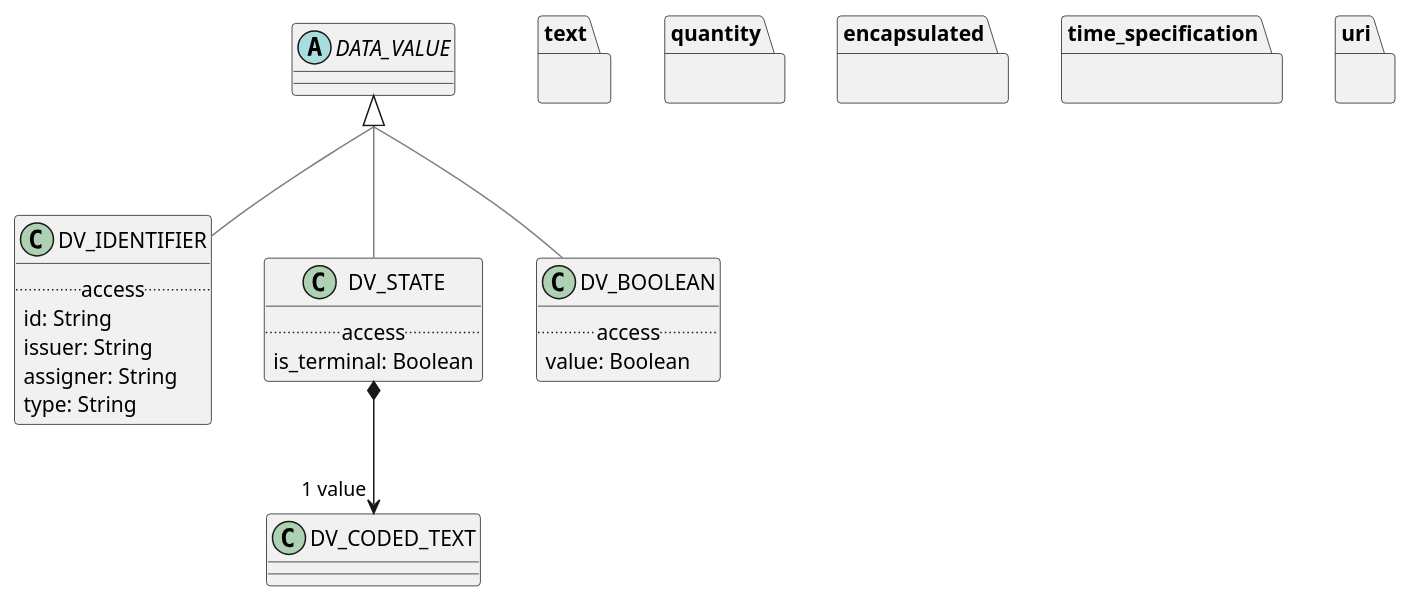
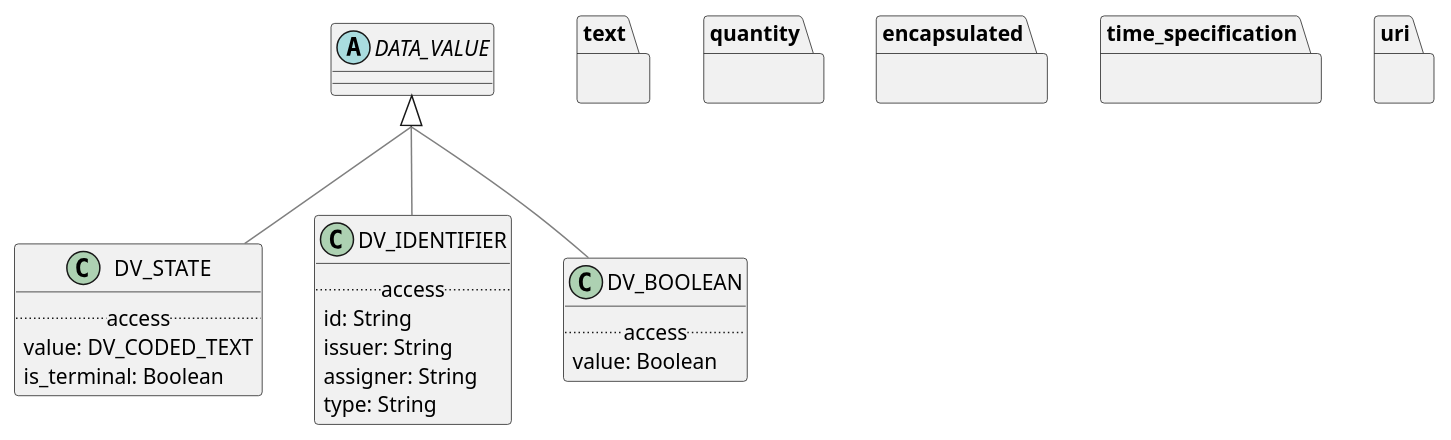
One commit to wolandscat/openehr-doc changed the diagram in modules/ROOT/examples/bmm/representation/data_types/data_types-package-uml.adoc. Above: the diagram before and after it, drawn with PlantUML. The commit also changed 293 other files, not shown here.

Commit message:
Regen with tweaks to UML output and correct metatypes for nested generics.

```diff
--- a/modules/ROOT/examples/bmm/representation/data_types/data_types-package-uml.adoc
+++ b/modules/ROOT/examples/bmm/representation/data_types/data_types-package-uml.adoc
@@ -3,55 +3,54 @@
 [plantuml,opts=interactive,link=self]
 ....
 skinparam groupInheritance 2
 skinparam citedClassColor #FDFDFD
 
 
-abstract class DATA_VALUE [[/openehr-doc/latest/representation/data_types-gen.html#_class_data_value]] {
+class DV_STATE [[/openehr-doc/latest/representation/data_types-gen.html#_class_dv_state]] {
+        .. access ..
+        value: DV_CODED_TEXT
+        is_terminal: Boolean
 }
+
+DV_STATE -[#gray]up-|> DATA_VALUE  
 
 
 class DV_IDENTIFIER [[/openehr-doc/latest/representation/data_types-gen.html#_class_dv_identifier]] {
         .. access ..
         id: String
         issuer: String
         assigner: String
         type: String
 }
 
 DV_IDENTIFIER -[#gray]up-|> DATA_VALUE  
 
 
-class DV_STATE [[/openehr-doc/latest/representation/data_types-gen.html#_class_dv_state]] {
-        .. access ..
-        is_terminal: Boolean
-}
-
-DV_STATE -[#gray]up-|> DATA_VALUE  
-
-
-DV_STATE *--> "1 value" DV_CODED_TEXT
-
 class DV_BOOLEAN [[/openehr-doc/latest/representation/data_types-gen.html#_class_dv_boolean]] {
         .. access ..
         value: Boolean
 }
 
 DV_BOOLEAN -[#gray]up-|> DATA_VALUE  
+
+
+abstract class DATA_VALUE [[/openehr-doc/latest/representation/data_types-gen.html#_class_data_value]] {
+}
 
 
 package text {
 }
 
 package quantity {
 }
 
 package encapsulated {
 }
 
 package time_specification {
 }
 
 package uri {
 }
 
 ....
```
